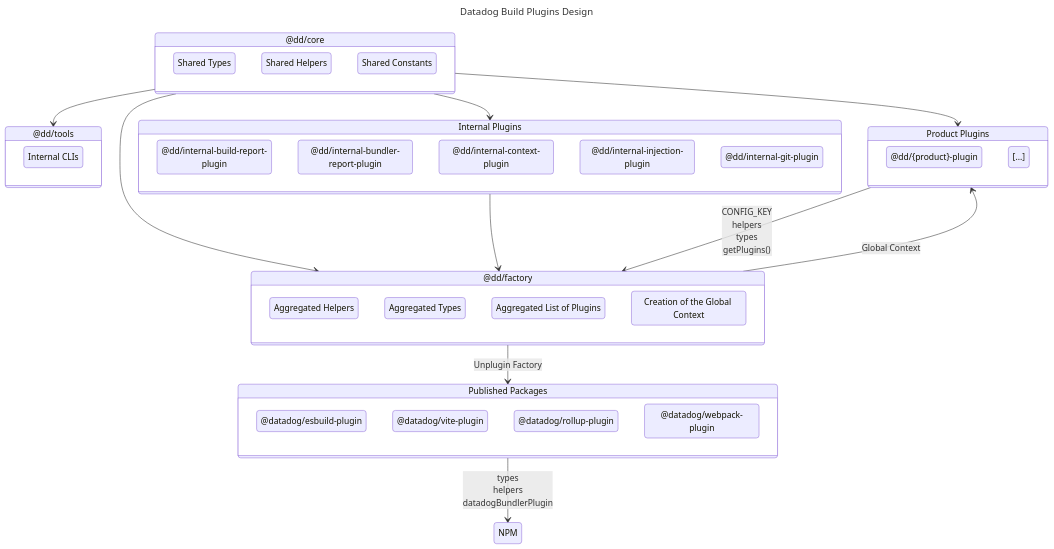
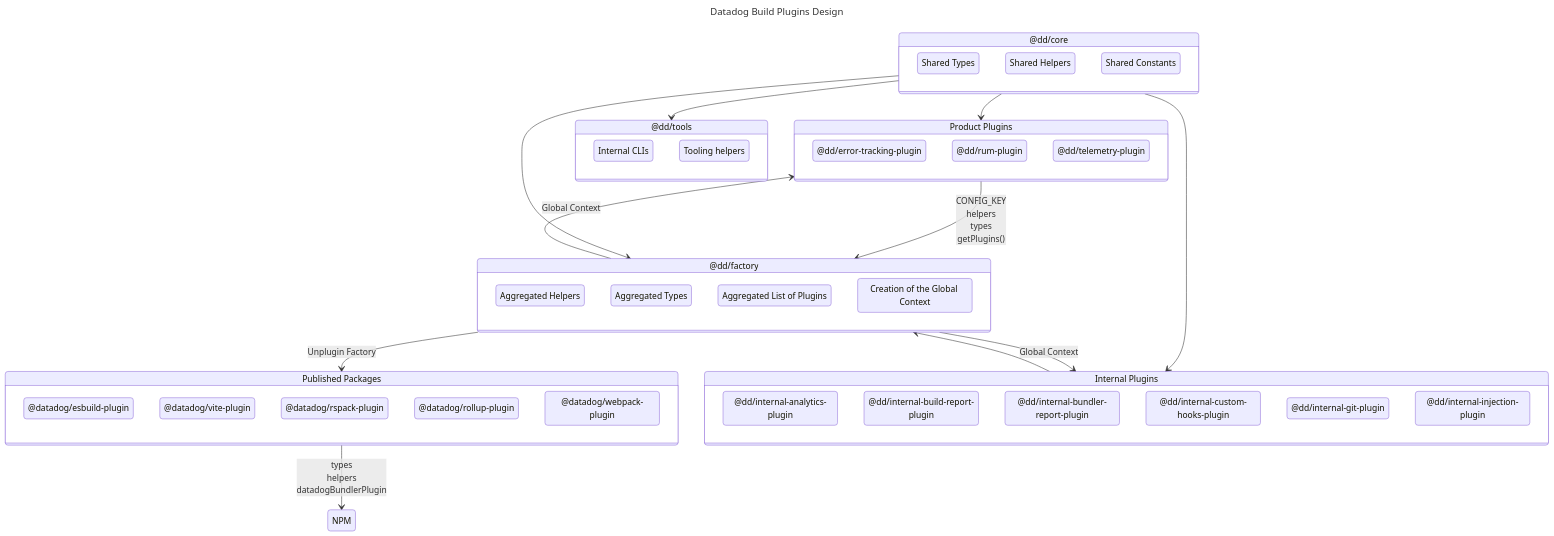
One commit to DataDog/build-plugins changed the diagram in CONTRIBUTING.md. Above: the diagram before and after it, drawn with Mermaid. The commit also changed other lines of this file, not shown here.

```diff
--- a/CONTRIBUTING.md
+++ b/CONTRIBUTING.md
@@ -86,10 +96,12 @@
 stateDiagram-v2
     published: Published Packages
     productPlugins: Product Plugins
-    productPlugin: @dd/{product}-plugin
-    productPlugin2: [...]
+    errorTrackingPlugin: @dd/error-tracking-plugin
+    rumPlugin: @dd/rum-plugin
+    telemetryPlugin: @dd/telemetry-plugin
     esbuildplugin: @datadog/esbuild-plugin
     viteplugin: @datadog/vite-plugin
+    rspackplugin: @datadog/rspack-plugin
     rollupplugin: @datadog/rollup-plugin
     webpackplugin: @datadog/webpack-plugin
     tools: @dd/tools
@@ -98,22 +110,25 @@
     types: Shared Types
     sharedHelpers: Shared Helpers
     sharedConstants: Shared Constants
-    helpers: Aggregated Helpers
+    ahelpers: Aggregated Helpers
     atypes: Aggregated Types
     aplugins: Aggregated List of Plugins
-    contextCreation: Creation of the Global Context
+    globalContext: Creation of the Global Context
     cli: Internal CLIs
+    helpers: Tooling helpers
     internalPlugins: Internal Plugins
+    analyticsPlugin: @dd/internal-analytics-plugin
     buildReportPlugin: @dd/internal-build-report-plugin
     bundlerReportPlugin: @dd/internal-bundler-report-plugin
-    contextPlugin: @dd/internal-context-plugin
+    customHooksPlugin: @dd/internal-custom-hooks-plugin
+    gitPlugin: @dd/internal-git-plugin
     injectionPlugin: @dd/internal-injection-plugin
-    gitPlugin: @dd/internal-git-plugin
 
     state internalPlugins {
+        analyticsPlugin
         buildReportPlugin
         bundlerReportPlugin
-        contextPlugin
+        customHooksPlugin
         gitPlugin
         injectionPlugin
     }
@@ -127,24 +142,27 @@
     state published {
         esbuildplugin
         viteplugin
+        rspackplugin
         rollupplugin
         webpackplugin
     }
 
     state productPlugins {
-        productPlugin
-        productPlugin2
+        errorTrackingPlugin
+        rumPlugin
+        telemetryPlugin
     }
 
     state factory {
-        contextCreation
-        helpers
+        ahelpers
         atypes
         aplugins
+        globalContext
     }
 
     state tools {
         cli
+        helpers
     }
 
     internalPlugins --> factory
@@ -153,6 +171,7 @@
     core --> factory
     core --> internalPlugins
     core --> productPlugins
+    factory --> internalPlugins: Global Context
     factory --> productPlugins: Global Context
     factory --> published: Unplugin Factory
     published --> NPM: types<br/>helpers<br/>datadogBundlerPlugin
```
